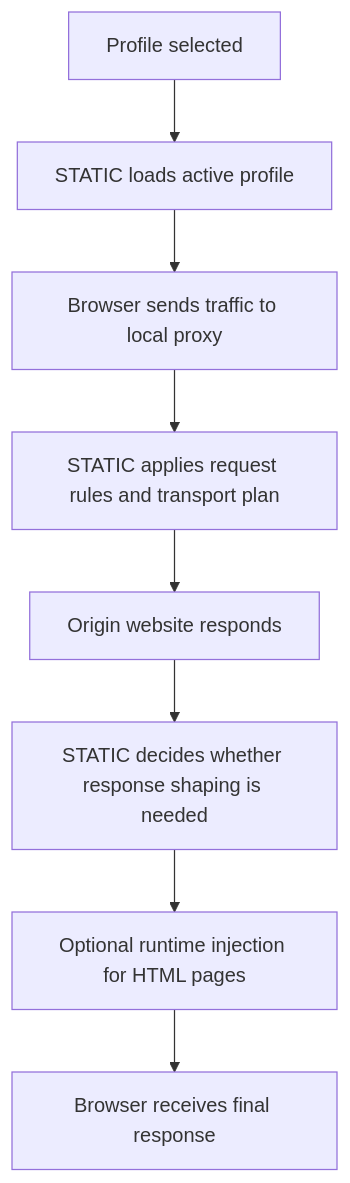
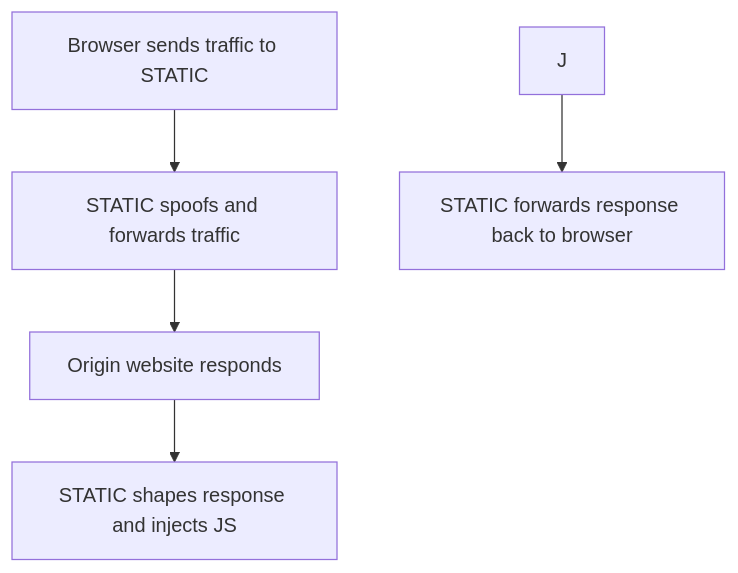
The second of 2 diagrams in docs/Overview/static.md (un-nf/404-docs), drawn with Mermaid before and after one commit. The commit also changed other lines of this file and 18 other files, not shown here.

````diff
--- a/docs/Overview/static.md
+++ b/docs/Overview/static.md
@@ -108,10 +108,7 @@
 ```mermaid
 flowchart TD
-    P[Profile selected] --> L[STATIC loads active profile]
-    L --> B[Browser sends traffic to local proxy]
-    B --> H[STATIC applies request rules and transport plan]
-    H --> O[Origin website responds]
-    O --> R[STATIC decides whether response shaping is needed]
-    R --> J[Optional runtime injection for HTML pages]
-    J --> F[Browser receives final response]
+    P[Browser sends traffic to STATIC] --> L[STATIC spoofs and forwards traffic]
+    L --> O[Origin website responds]
+    O --> R[STATIC shapes response and injects JS]
+    J --> F[STATIC forwards response back to browser]
 ```
````
